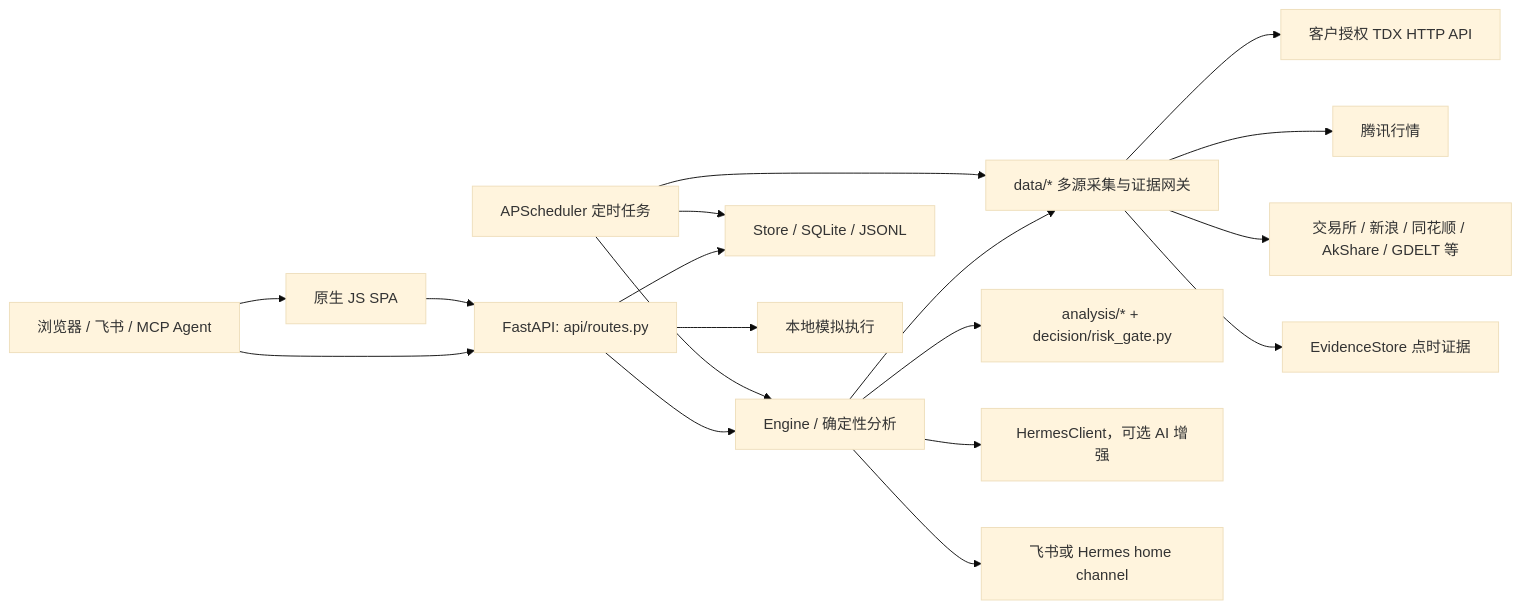
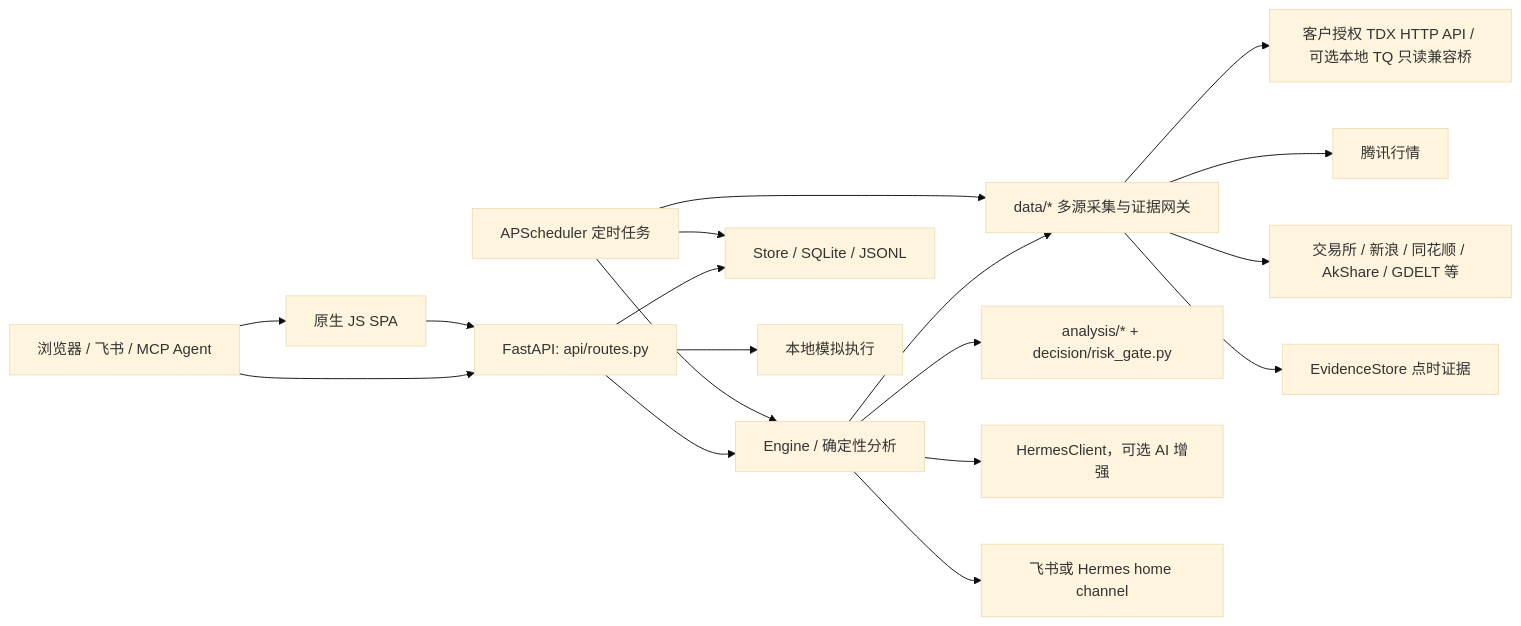
The diagram in PROJECT_GUIDE.md (zero-yj-plus/Investment-Support-System), drawn with Mermaid (base theme) before and after one commit. The commit also changed other lines of this file and 15 other files, not shown here.

````diff
--- a/PROJECT_GUIDE.md
+++ b/PROJECT_GUIDE.md
@@ -36,24 +36,24 @@
 ```mermaid
 flowchart LR
     U["浏览器 / 飞书 / MCP Agent"] --> API["FastAPI: api/routes.py"]
     U --> SPA["原生 JS SPA"]
     SPA --> API
 
     API --> ENG["Engine / 确定性分析"]
     API --> STORE["Store / SQLite / JSONL"]
     API --> SIM["本地模拟执行"]
 
     ENG --> DATA["data/* 多源采集与证据网关"]
     ENG --> RULES["analysis/* + decision/risk_gate.py"]
     ENG --> AI["HermesClient，可选 AI 增强"]
     ENG --> PUSH["飞书或 Hermes home channel"]
 
-    DATA --> TDX["客户授权 TDX HTTP API"]
+    DATA --> TDX["客户授权 TDX HTTP API / 可选本地 TQ 只读兼容桥"]
     DATA --> TENCENT["腾讯行情"]
     DATA --> PUBLIC["交易所 / 新浪 / 同花顺 / AkShare / GDELT 等"]
     DATA --> EVIDENCE["EvidenceStore 点时证据"]
 
     JOBS["APScheduler 定时任务"] --> ENG
     JOBS --> DATA
     JOBS --> STORE
 ```
````
